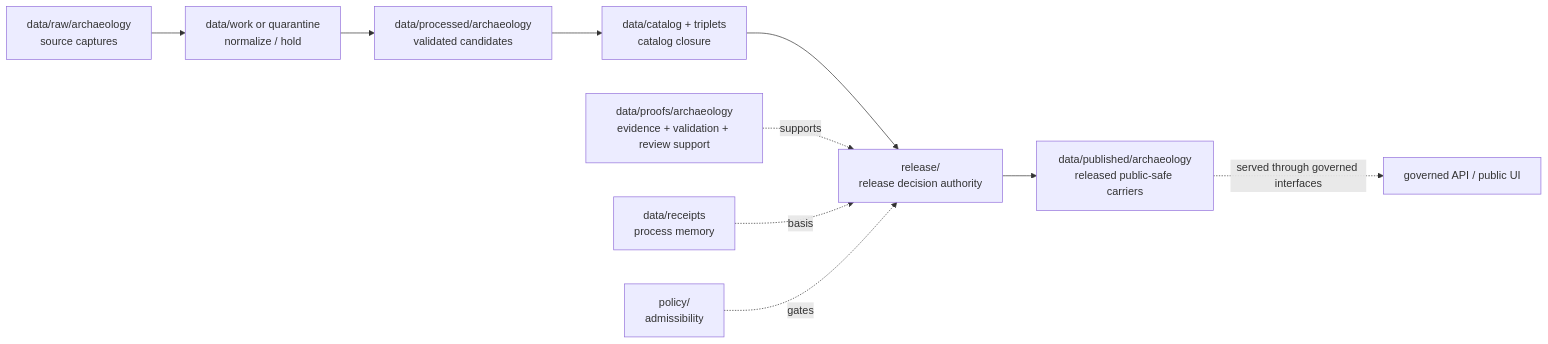
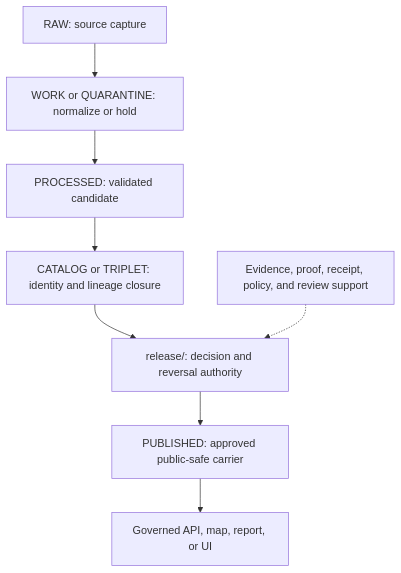
One commit to bartytime4life/Kansas-Frontier-Matrix changed the diagram in data/published/archaeology/README.md. Above: the diagram before and after it, drawn with Mermaid. The commit also changed other lines of this file, not shown here.

Commit message:
docs(published): modernize Archaeology README

````diff
--- a/data/published/archaeology/README.md
+++ b/data/published/archaeology/README.md
@@ -253,14 +386,10 @@
 ```mermaid
-flowchart LR
-  RAW["data/raw/archaeology<br/>source captures"] --> WORK["data/work or quarantine<br/>normalize / hold"]
-  WORK --> PROC["data/processed/archaeology<br/>validated candidates"]
-  PROC --> CAT["data/catalog + triplets<br/>catalog closure"]
-  CAT --> REL["release/<br/>release decision authority"]
-  REL --> PUB["data/published/archaeology<br/>released public-safe carriers"]
-
-  PROOF["data/proofs/archaeology<br/>evidence + validation + review support"] -. supports .-> REL
-  REC["data/receipts<br/>process memory"] -. basis .-> REL
-  POLICY["policy/<br/>admissibility"] -. gates .-> REL
-
-  PUB -. "served through governed interfaces" .-> API["governed API / public UI"]
+flowchart TD
+    RAW["RAW: source capture"] --> WORK["WORK or QUARANTINE: normalize or hold"]
+    WORK --> PROC["PROCESSED: validated candidate"]
+    PROC --> CAT["CATALOG or TRIPLET: identity and lineage closure"]
+    CAT --> REL["release/: decision and reversal authority"]
+    REL --> PUB["PUBLISHED: approved public-safe carrier"]
+    PUB --> API["Governed API, map, report, or UI"]
+    PROOF["Evidence, proof, receipt, policy, and review support"] -.-> REL
 ```
````
